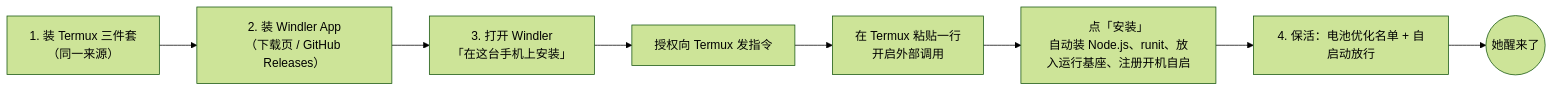
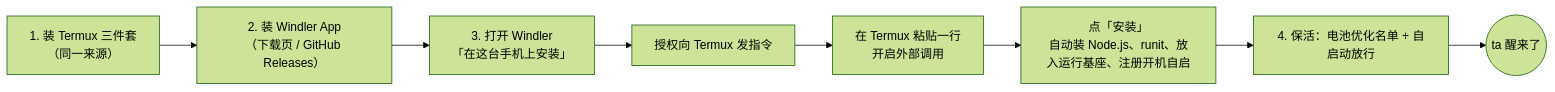
The diagram in website/content/docs/zh/start/install.md (Causally-XYZ/Project.Quetzal), drawn with Mermaid (forest theme) before and after one commit. The commit also changed other lines of this file and 26 other files, not shown here.

````diff
--- a/website/content/docs/zh/start/install.md
+++ b/website/content/docs/zh/start/install.md
@@ -10,10 +10,10 @@
 ```mermaid
 flowchart LR
   A["1. 装 Termux 三件套<br/>（同一来源）"] --> B["2. 装 Windler App<br/>（下载页 / GitHub Releases）"]
   B --> C["3. 打开 Windler<br/>「在这台手机上安装」"]
   C --> C1["授权向 Termux 发指令"]
   C1 --> C2["在 Termux 粘贴一行<br/>开启外部调用"]
   C2 --> C3["点「安装」<br/>自动装 Node.js、runit、放入运行基座、注册开机自启"]
   C3 --> D["4. 保活：电池优化名单 + 自启动放行"]
-  D --> E(("她醒来了"))
+  D --> E(("ta 醒来了"))
 ```
````
